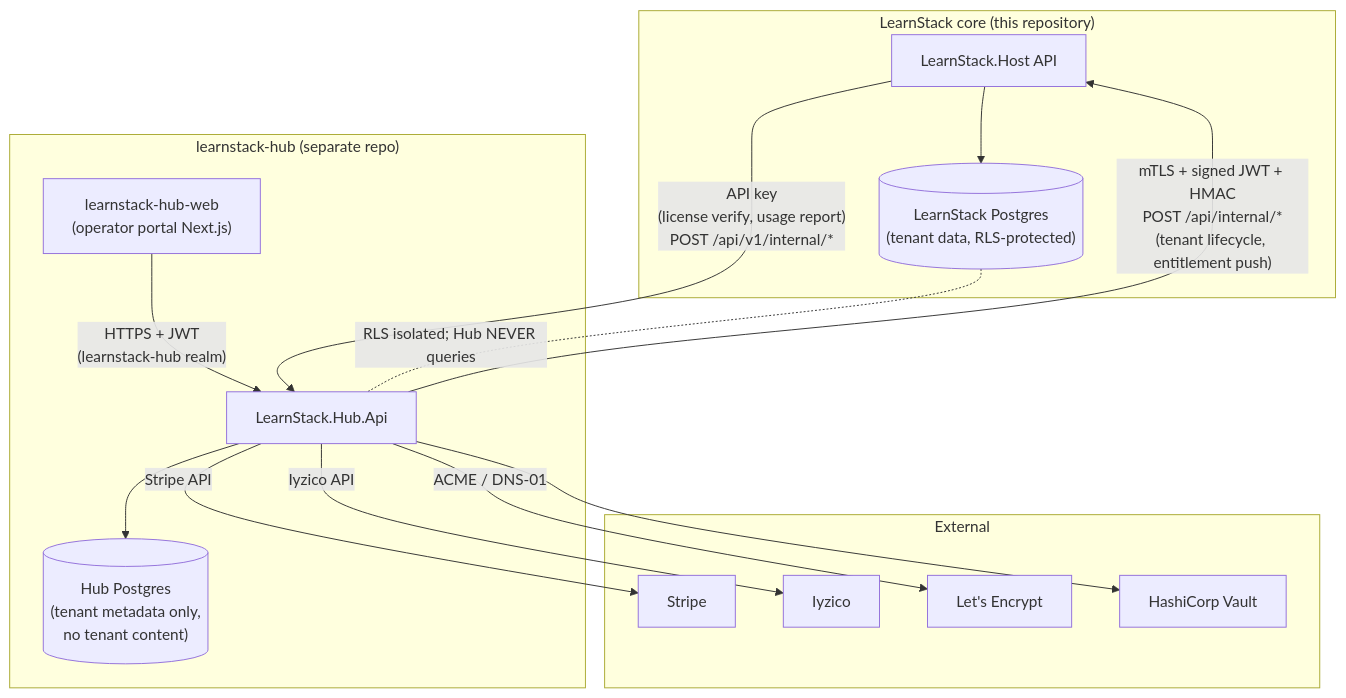
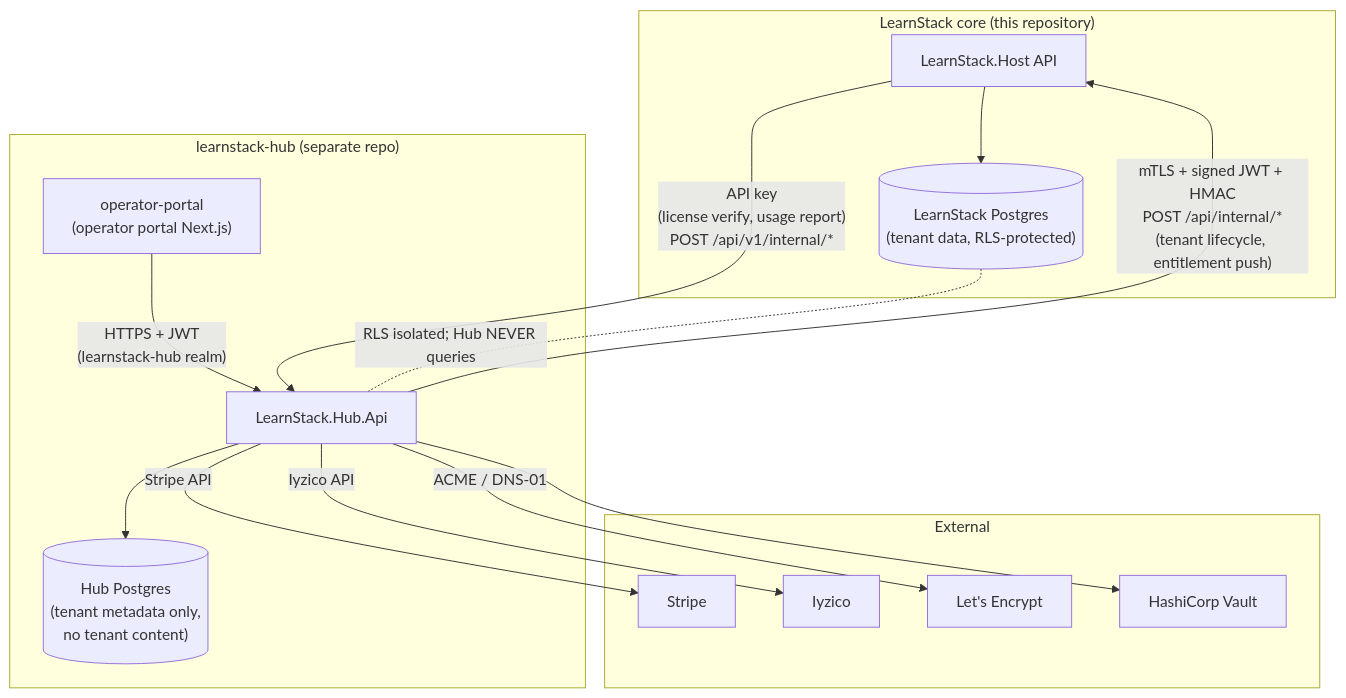
The first of 7 diagrams in docs/architecture/24-learnstack-hub.md (HodeTech/LearnStack), drawn with Mermaid before and after one commit. The commit also changed other lines of this file and 16 other files, not shown here.

````diff
--- a/docs/architecture/24-learnstack-hub.md
+++ b/docs/architecture/24-learnstack-hub.md
@@ -20,33 +20,33 @@
 ```mermaid
 flowchart TB
     subgraph LearnStack["LearnStack core (this repository)"]
         LSApi["LearnStack.Host API"]
         LSDb[("LearnStack Postgres<br/>(tenant data, RLS-protected)")]
     end
 
     subgraph Hub["learnstack-hub (separate repo)"]
         HubApi["LearnStack.Hub.Api"]
         HubDb[("Hub Postgres<br/>(tenant metadata only,<br/>no tenant content)")]
-        HubWeb["learnstack-hub-web<br/>(operator portal Next.js)"]
+        HubWeb["operator-portal<br/>(operator portal Next.js)"]
     end
 
     subgraph External
         Stripe["Stripe"]
         Iyzico["Iyzico"]
         LetsEncrypt["Let's Encrypt"]
         Vault["HashiCorp Vault"]
     end
 
     HubWeb -- "HTTPS + JWT<br/>(learnstack-hub realm)" --> HubApi
     HubApi --> HubDb
     HubApi -- "Stripe API" --> Stripe
     HubApi -- "Iyzico API" --> Iyzico
     HubApi -- "ACME / DNS-01" --> LetsEncrypt
     HubApi --> Vault
 
     HubApi -- "mTLS + signed JWT + HMAC<br/>POST /api/internal/*<br/>(tenant lifecycle, entitlement push)" --> LSApi
     LSApi -- "API key<br/>(license verify, usage report)<br/>POST /api/v1/internal/*" --> HubApi
 
     LSApi --> LSDb
     LSDb -. "RLS isolated; Hub NEVER queries" .- HubApi
 ```
````
